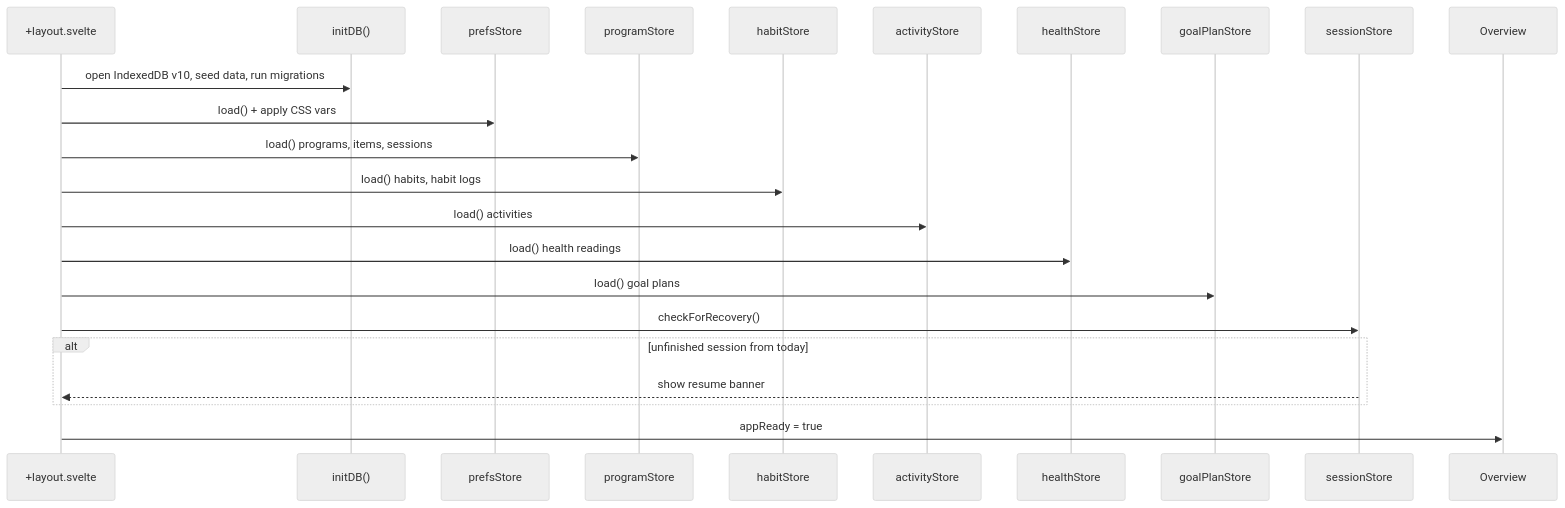
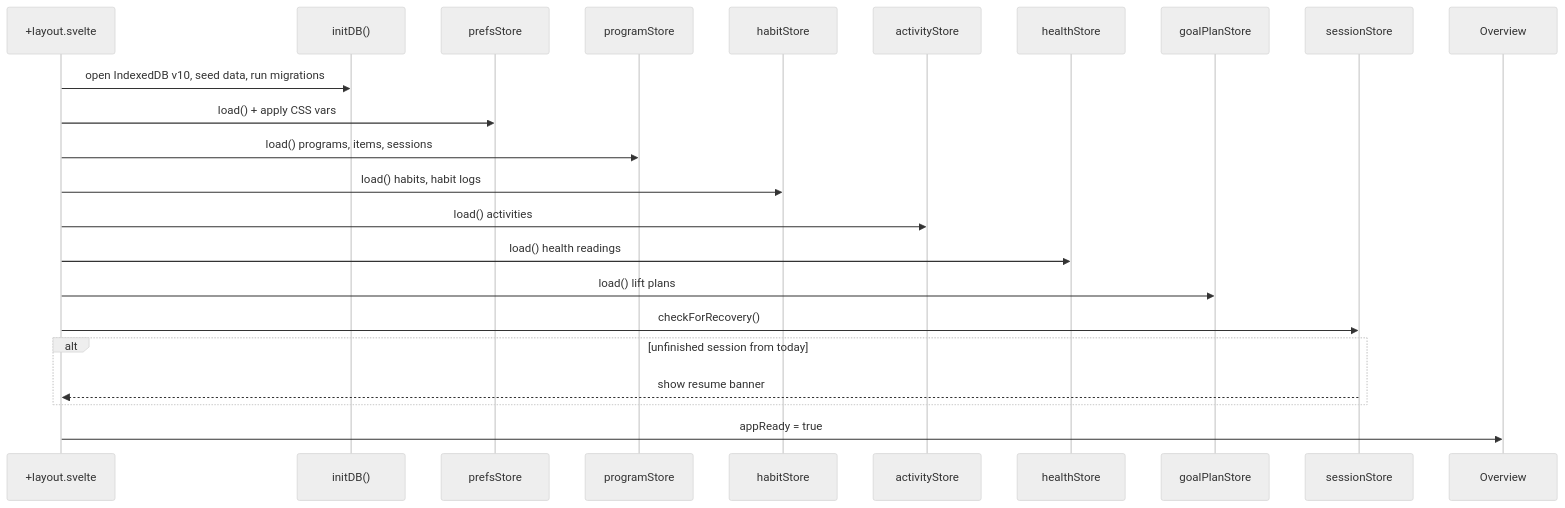
Before and after one commit to jermbo/CosmicWorkOut: the third of 6 diagrams in docs/architecture/overview.md, drawn with Mermaid (neutral theme). The commit also changed other lines of this file and 74 other files, not shown here.

````diff
--- a/docs/architecture/overview.md
+++ b/docs/architecture/overview.md
@@ -82,26 +84,26 @@
 ```mermaid
 sequenceDiagram
     participant Layout as +layout.svelte
     participant DB as initDB()
     participant Prefs as prefsStore
     participant Prog as programStore
     participant Hab as habitStore
     participant Act as activityStore
     participant He as healthStore
     participant GP as goalPlanStore
     participant Sess as sessionStore
     participant UI as Overview
 
     Layout->>DB: open IndexedDB v10, seed data, run migrations
     Layout->>Prefs: load() + apply CSS vars
     Layout->>Prog: load() programs, items, sessions
     Layout->>Hab: load() habits, habit logs
     Layout->>Act: load() activities
     Layout->>He: load() health readings
-    Layout->>GP: load() goal plans
+    Layout->>GP: load() lift plans
     Layout->>Sess: checkForRecovery()
     alt unfinished session from today
         Sess-->>Layout: show resume banner
     end
     Layout->>UI: appReady = true
 ```
````
